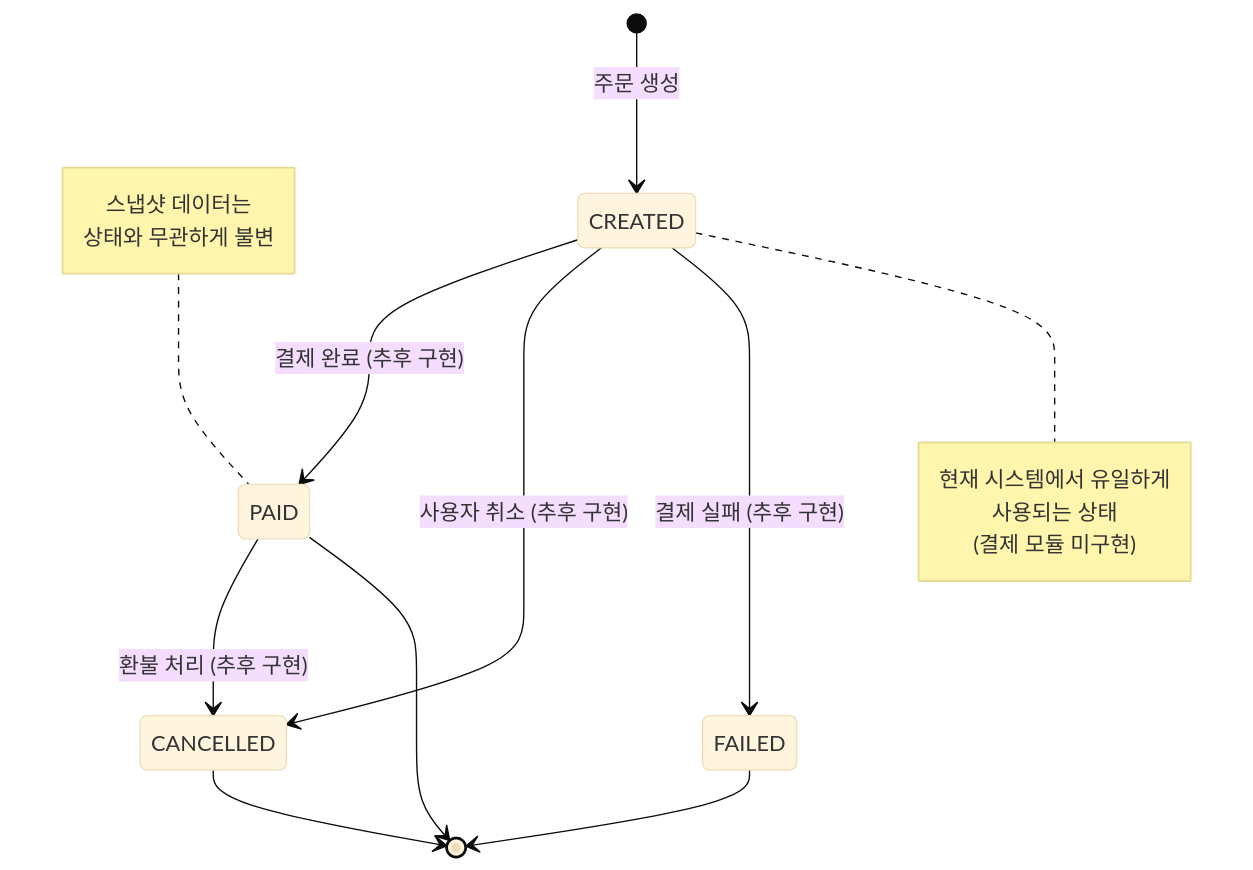
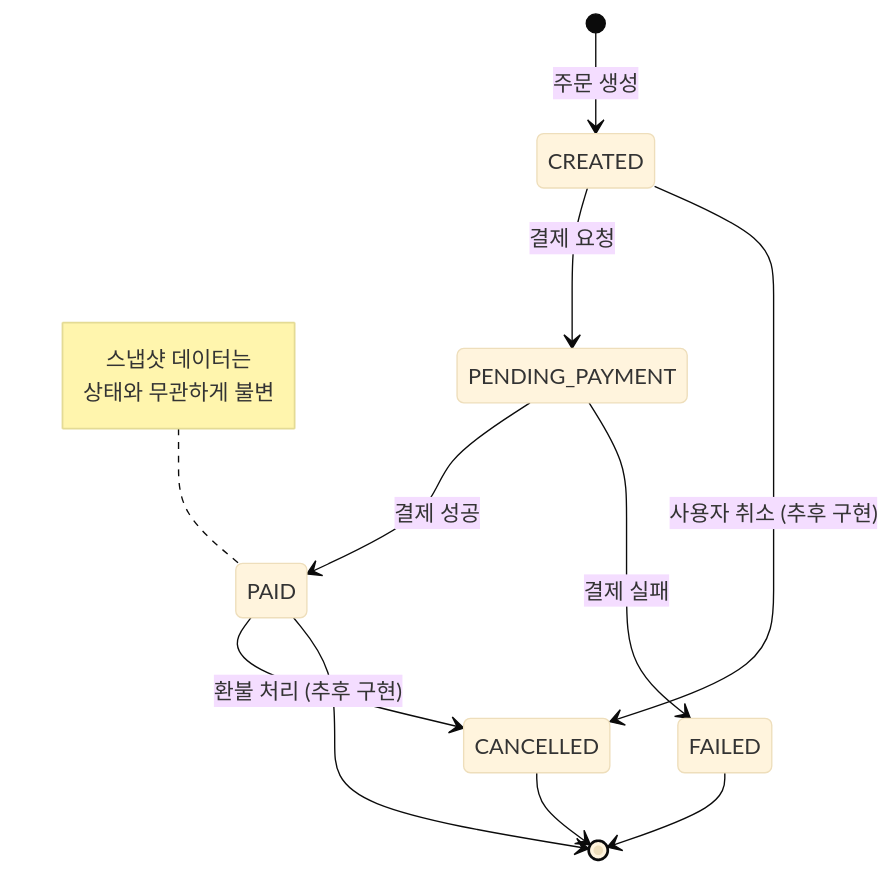
Before and after one commit to Loopers-dev-lab/loop-pack-be-l2-vol3-kotlin: the second of 2 diagrams in docs/design/01-requirements.md, drawn with Mermaid (base theme). The commit also changed other lines of this file and 3 other files, not shown here.

````diff
--- a/docs/design/01-requirements.md
+++ b/docs/design/01-requirements.md
@@ -381,20 +478,16 @@
 ```mermaid
 stateDiagram-v2
     [*] --> CREATED: 주문 생성
-    CREATED --> PAID: 결제 완료 (추후 구현)
+    CREATED --> PENDING_PAYMENT: 결제 요청
+    PENDING_PAYMENT --> PAID: 결제 성공
+    PENDING_PAYMENT --> FAILED: 결제 실패
     CREATED --> CANCELLED: 사용자 취소 (추후 구현)
-    CREATED --> FAILED: 결제 실패 (추후 구현)
     PAID --> CANCELLED: 환불 처리 (추후 구현)
     CANCELLED --> [*]
     FAILED --> [*]
     PAID --> [*]
-    note right of CREATED
-        현재 시스템에서 유일하게
-        사용되는 상태
-        (결제 모듈 미구현)
-    end note
     note left of PAID
         스냅샷 데이터는
         상태와 무관하게 불변
     end note
 ```
````
